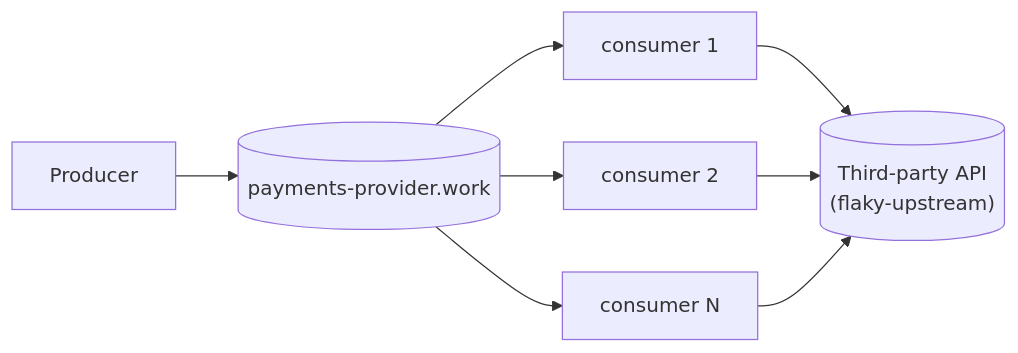
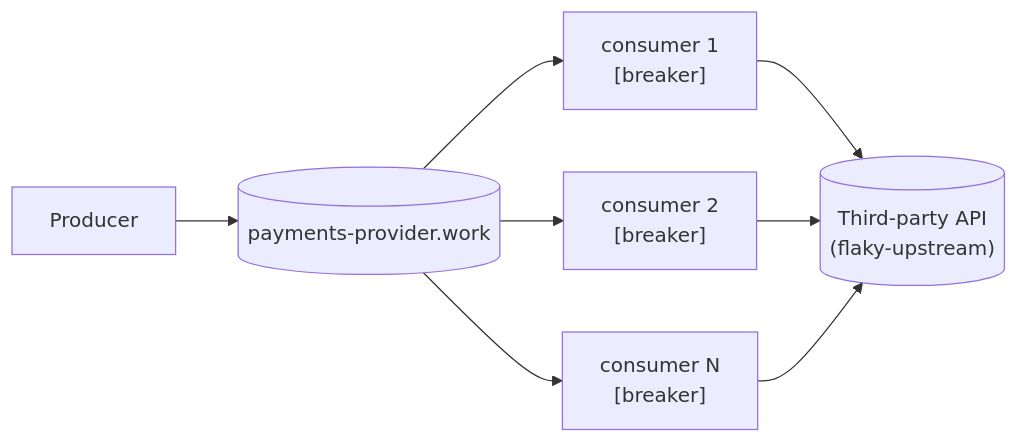
The diagram in README.md (lsfera/circuit-breaker-unboxing), drawn with Mermaid before and after one commit. The commit also changed other lines of this file and 11 other files, not shown here.

````diff
--- a/README.md
+++ b/README.md
@@ -8,10 +10,10 @@
 ```mermaid
 flowchart LR
   producer["Producer"] --> queue[("payments-provider.work")]
-  queue --> c1["consumer 1"]
-  queue --> c2["consumer 2"]
-  queue --> c3["consumer N"]
+  queue --> c1["consumer 1\n[breaker]"]
+  queue --> c2["consumer 2\n[breaker]"]
+  queue --> c3["consumer N\n[breaker]"]
   c1 --> api[("Third-party API\n(flaky-upstream)")]
   c2 --> api
   c3 --> api
 ```
````
